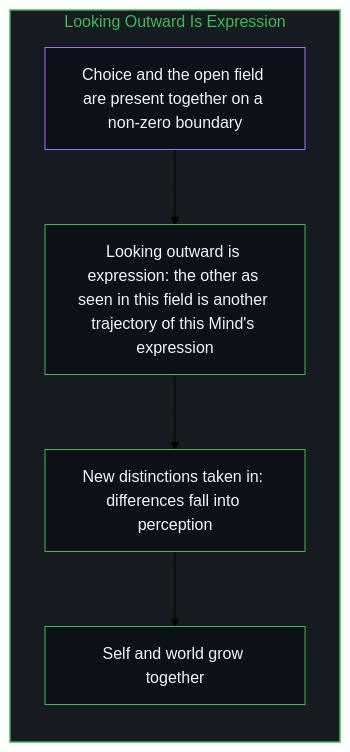
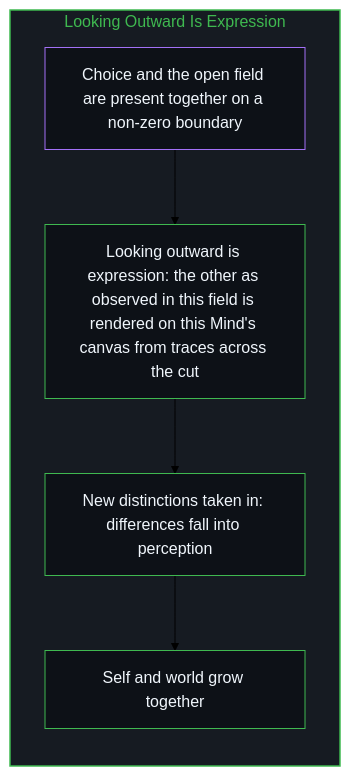
Diagram 18 of 18 in content/posts/the-geometry-of-coexistence-and-the-dual-cut.md (powerpig99/not-a-toe), drawn with Mermaid (forest theme) before and after one commit. The commit also changed other lines of this file and 2 other files, not shown here.

Commit message:
Consolidate Deep Sleep Batch 9: refine the-geometry-of-coexistence-and-the-dual-cut and the-brain-does-not-backprop

````diff
--- a/content/posts/the-geometry-of-coexistence-and-the-dual-cut.md
+++ b/content/posts/the-geometry-of-coexistence-and-the-dual-cut.md
@@ -466,18 +466,18 @@
 ```mermaid
 flowchart TD
     subgraph S_Outward["Looking Outward Is Expression"]
         direction TB
         Sym["Choice and the open field are present together on a non-zero boundary"]
-        Out["Looking outward is expression: the other as seen in this field is another trajectory of this Mind's expression"]
+        Out["Looking outward is expression: the other as observed in this field is rendered on this Mind's canvas from traces across the cut"]
         New["New distinctions taken in: differences fall into perception"]
         Both["Self and world grow together"]
         Sym --> Out
         Out --> New
         New --> Both
     end
     style S_Outward fill:#161b22,stroke:#3fb950,stroke-width:1.5px,color:#3fb950
     style Sym fill:#0d1117,stroke:#a371f7,stroke-width:1px,color:#f0f6fc
     style Out fill:#0d1117,stroke:#3fb950,stroke-width:1px,color:#f0f6fc
     style New fill:#0d1117,stroke:#3fb950,stroke-width:1px,color:#f0f6fc
     style Both fill:#0d1117,stroke:#3fb950,stroke-width:1px,color:#f0f6fc
 ```
````
